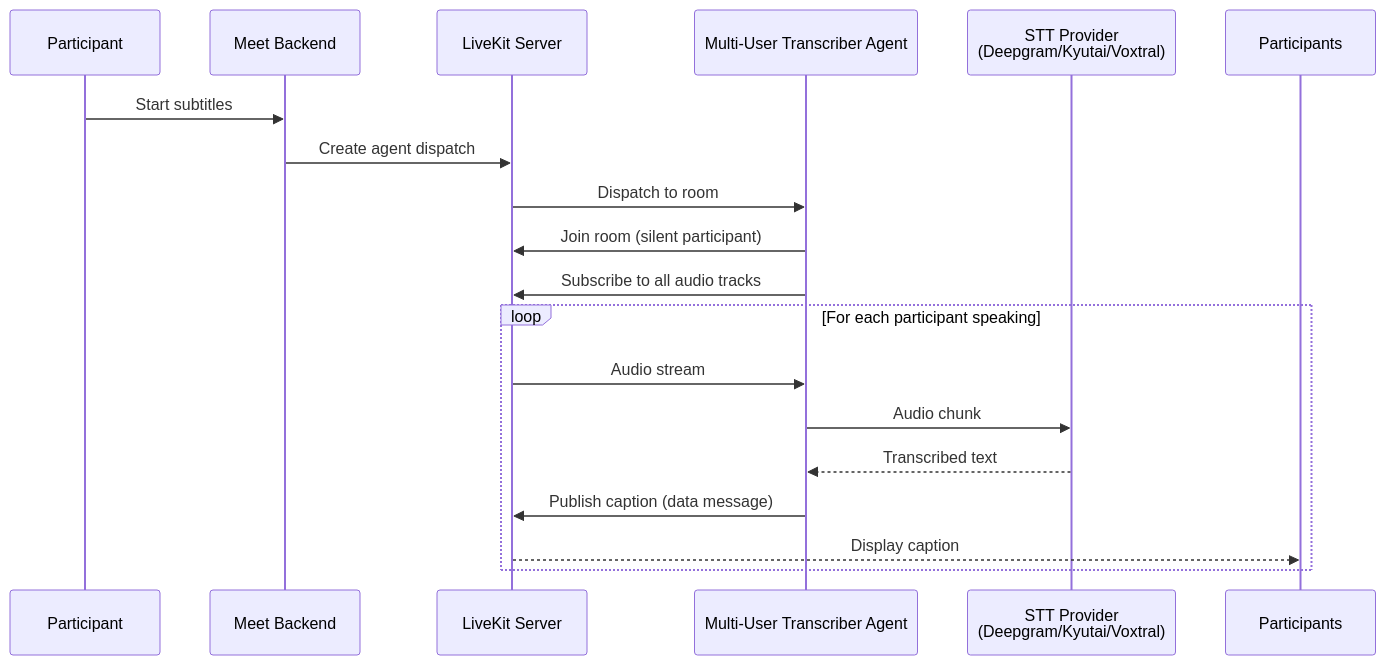
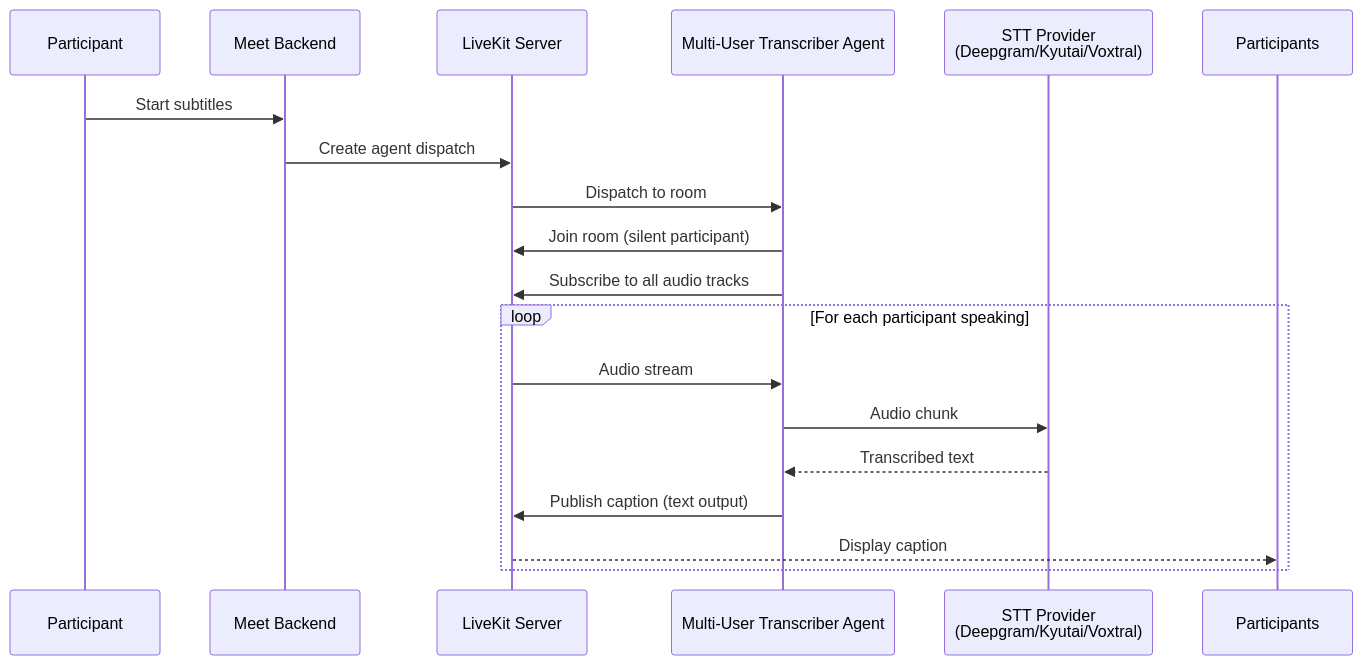
One commit to suitenumerique/meet changed the diagram in docs/self-hosting/configuration/subtitles.md. Above: the diagram before and after it, drawn with Mermaid. The commit also changed other lines of this file and 70 other files, not shown here.

````diff
--- a/docs/self-hosting/configuration/subtitles.md
+++ b/docs/self-hosting/configuration/subtitles.md
@@ -7,23 +7,23 @@
 ```mermaid
 sequenceDiagram
     participant Owner as Participant
     participant Backend as Meet Backend
     participant LK as LiveKit Server
     participant Agent as Multi-User Transcriber Agent
     participant STT as STT Provider<br/>(Deepgram/Kyutai/Voxtral)
     participant Users as Participants
 
     Owner->>Backend: Start subtitles
     Backend->>LK: Create agent dispatch
     LK->>Agent: Dispatch to room
     Agent->>LK: Join room (silent participant)
     Agent->>LK: Subscribe to all audio tracks
     
     loop For each participant speaking
         LK->>Agent: Audio stream
         Agent->>STT: Audio chunk
         STT-->>Agent: Transcribed text
-        Agent->>LK: Publish caption (data message)
+        Agent->>LK: Publish caption (text output)
         LK-->>Users: Display caption
     end
 ```
````
